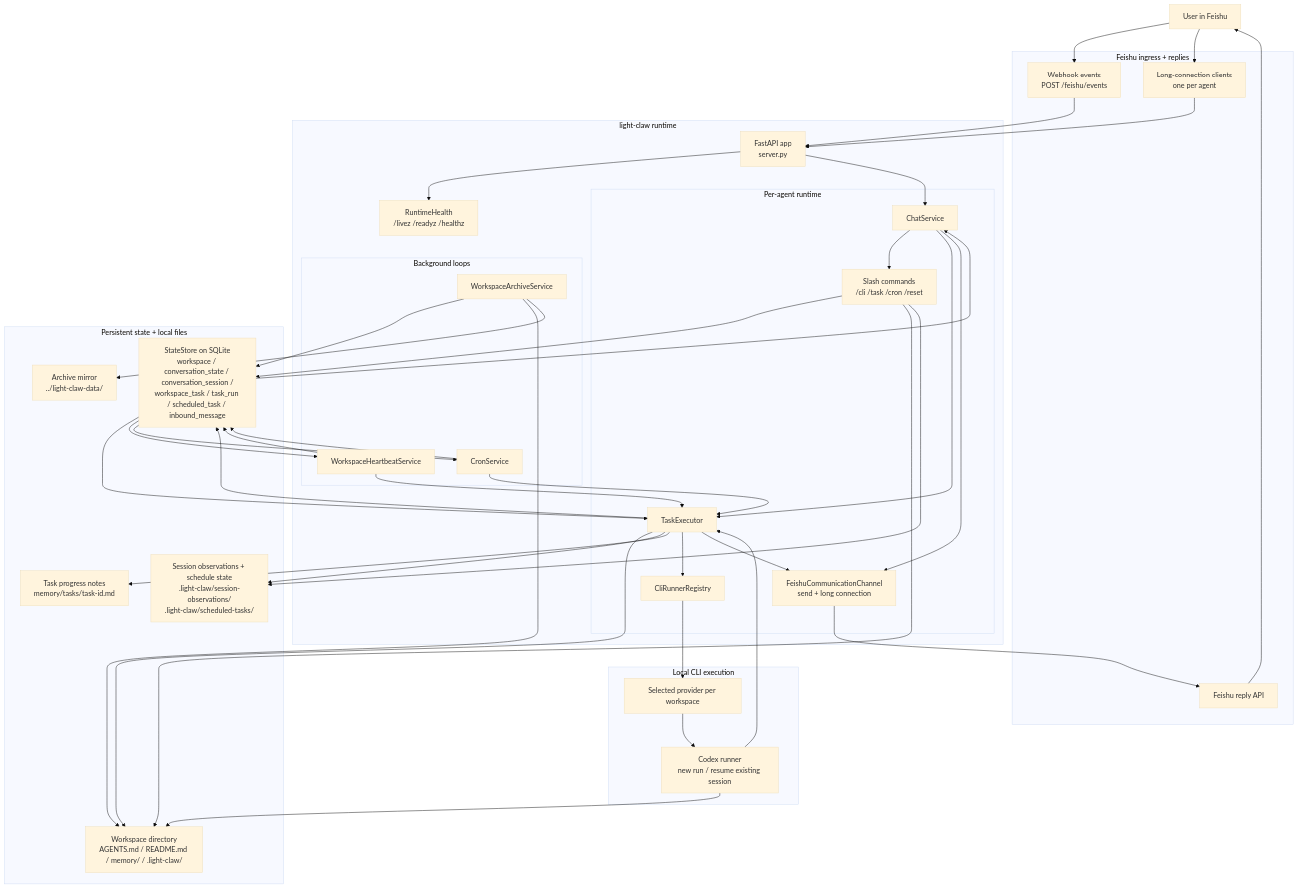
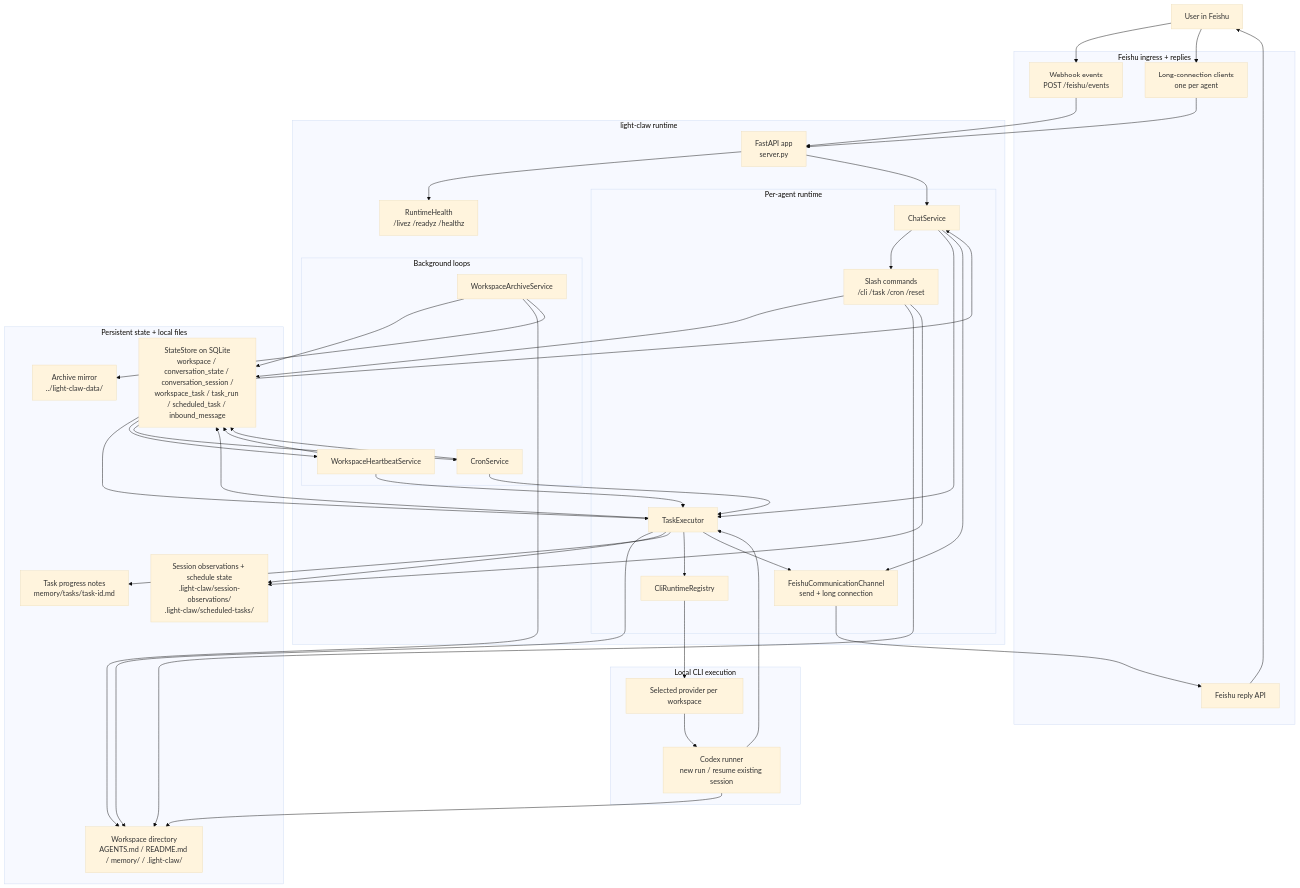
One commit to Skywuuuu/light-claw changed the diagram in README.md. Above: the diagram before and after it, drawn with Mermaid (base theme). The commit also changed other lines of this file and 13 other files, not shown here.

```diff
--- a/README.md
+++ b/README.md
@@ -59,7 +59,7 @@
       chat[ChatService]
       commands[Slash commands\n/cli /task /cron /reset]
       taskexec[TaskExecutor]
-      registry[CliRunnerRegistry]
+      registry[CliRuntimeRegistry]
       channel[FeishuCommunicationChannel\nsend + long connection]
     end
 
```
